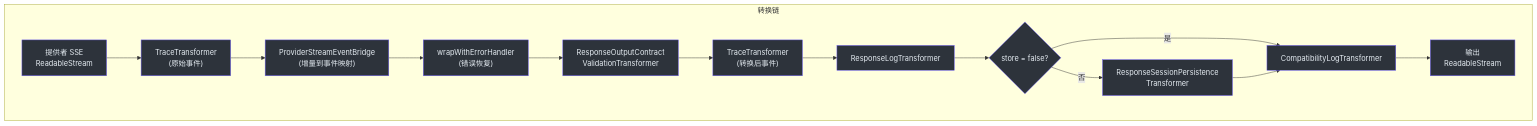
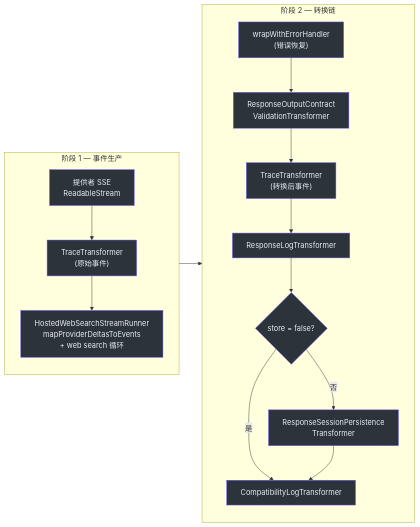
The first of 3 diagrams in wiki/zh/02-architecture/streaming-pipeline.md (Ahoo-Wang/GodeX), drawn with Mermaid before and after one commit. The commit also changed other lines of this file and 70 other files, not shown here.

````diff
--- a/wiki/zh/02-architecture/streaming-pipeline.md
+++ b/wiki/zh/02-architecture/streaming-pipeline.md
@@ -28,29 +33,32 @@
 ```mermaid
 flowchart LR
-    subgraph "转换链"
-        direction LR
+    subgraph "阶段 1 — 事件生产"
+        direction TB
         A["提供者 SSE<br>ReadableStream"] --> B["TraceTransformer<br>(原始事件)"]
-        B --> C["ProviderStreamEventBridge<br>(增量到事件映射)"]
-        C --> D["wrapWithErrorHandler<br>(错误恢复)"]
-        D --> E["ResponseOutputContract<br>ValidationTransformer"]
+        B --> C["HostedWebSearchStreamRunner<br>mapProviderDeltasToEvents<br>+ web search 循环"]
+    end
+
+    subgraph "阶段 2 — 转换链"
+        direction TB
+        D["wrapWithErrorHandler<br>(错误恢复)"] --> E["ResponseOutputContract<br>ValidationTransformer"]
         E --> F["TraceTransformer<br>(转换后事件)"]
         F --> G["ResponseLogTransformer"]
         G --> H{"store = false?"}
         H -->|是| I["CompatibilityLogTransformer"]
         H -->|否| J["ResponseSessionPersistence<br>Transformer"]
         J --> I
-        I --> K["输出<br>ReadableStream"]
     end
+
+    C --> D
 
     style A fill:#2d333b,stroke:#6d5dfc,color:#e6edf3
     style B fill:#2d333b,stroke:#6d5dfc,color:#e6edf3
     style C fill:#2d333b,stroke:#6d5dfc,color:#e6edf3
     style D fill:#2d333b,stroke:#6d5dfc,color:#e6edf3
     style E fill:#2d333b,stroke:#6d5dfc,color:#e6edf3
     style F fill:#2d333b,stroke:#6d5dfc,color:#e6edf3
     style G fill:#2d333b,stroke:#6d5dfc,color:#e6edf3
     style H fill:#2d333b,stroke:#6d5dfc,color:#e6edf3
     style I fill:#2d333b,stroke:#6d5dfc,color:#e6edf3
     style J fill:#2d333b,stroke:#6d5dfc,color:#e6edf3
-    style K fill:#2d333b,stroke:#6d5dfc,color:#e6edf3
 ```
````
